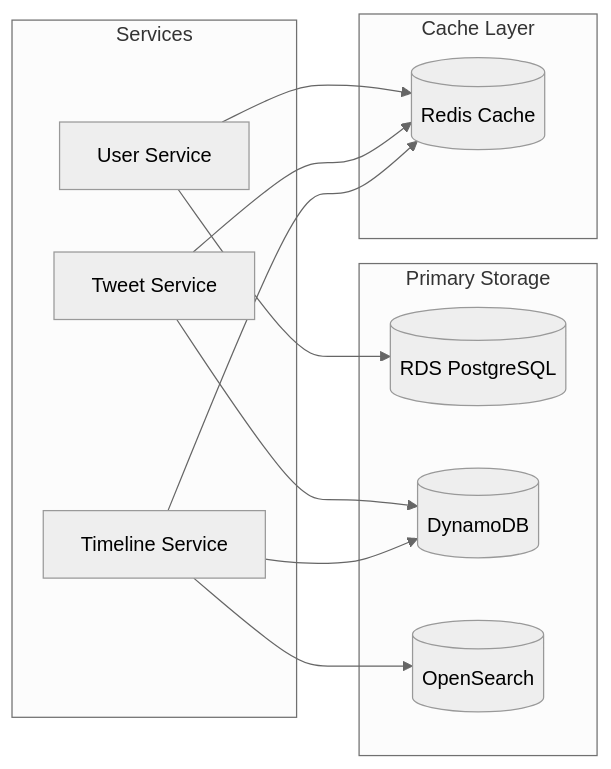
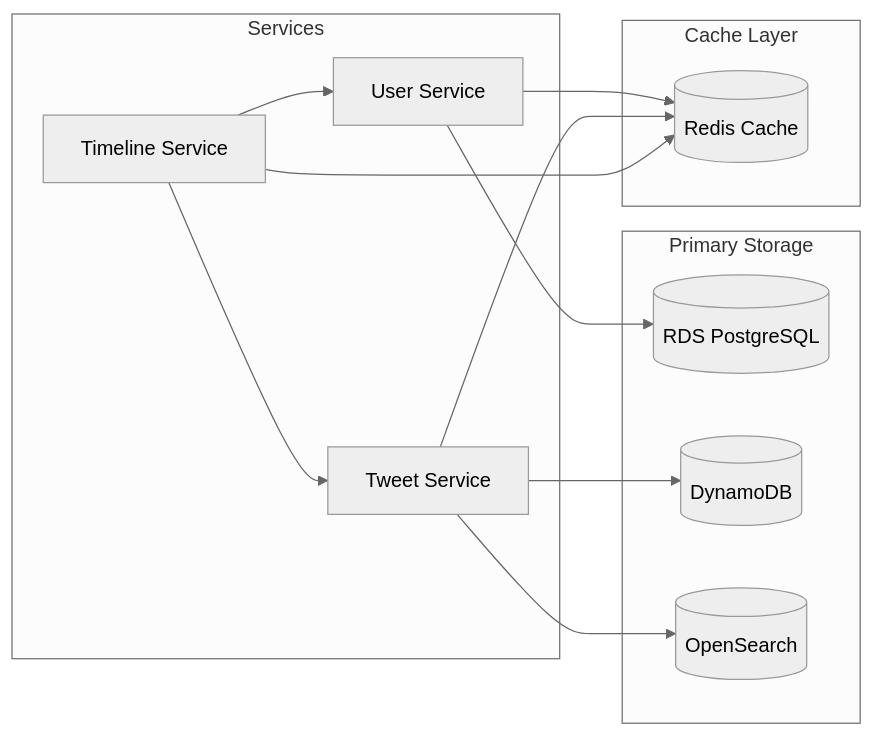
The fifth of 5 diagrams in architecture.md (lisandropascuali/twitter-app), drawn with Mermaid (neutral theme) before and after one commit. The commit also changed other lines of this file and 1 other file, not shown here.

Commit message:
chore: update architecture

````diff
--- a/architecture.md
+++ b/architecture.md
@@ -135,28 +129,29 @@
 ```mermaid
 graph LR
     subgraph Primary Storage
         RDS[(RDS PostgreSQL)]
         DDB[(DynamoDB)]
         OS[(OpenSearch)]
     end
     
     subgraph Cache Layer
         RC[(Redis Cache)]
     end
     
     subgraph Services
         US[User Service]
         TS[Tweet Service]
         TLS[Timeline Service]
     end
     
     US --> RDS
     US --> RC
     
     TS --> DDB
     TS --> RC
+    TS --> OS
     
-    TLS --> OS
-    TLS --> DDB
+    TLS --> US
+    TLS --> TS
     TLS --> RC
 ```
````
